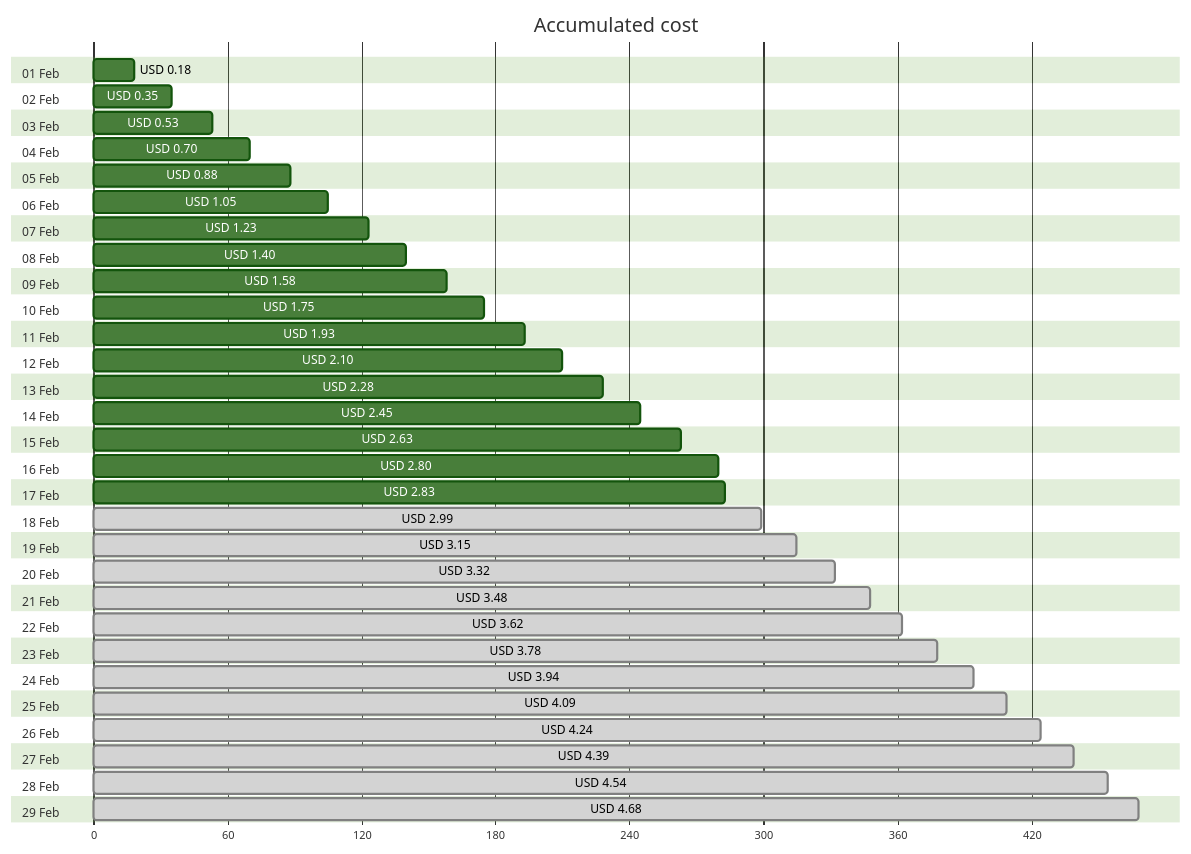
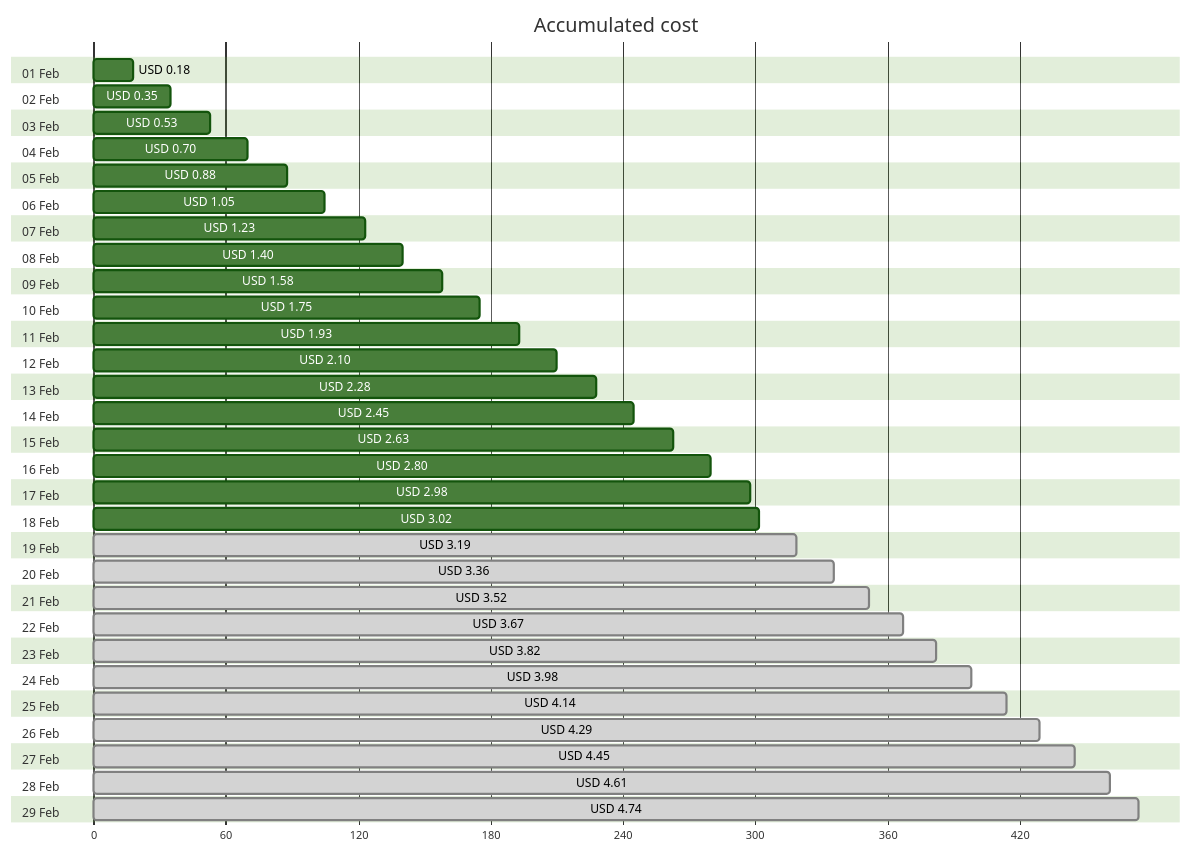
One commit to jpfulton/azure-personal-reports changed the first of 4 diagrams in cost-reports/personal-network/backup-server.md. Above: the diagram before and after it, drawn with Mermaid (forest theme). The commit also changed other lines of this file and 8 other files, not shown here.

````diff
--- a/cost-reports/personal-network/backup-server.md
+++ b/cost-reports/personal-network/backup-server.md
@@ -20,64 +20,64 @@
 ```mermaid
 gantt
    title Accumulated cost
    dateFormat  X
    axisFormat %s
    section 01 Feb
    USD 0.18 :0, 18
    section 02 Feb
    USD 0.35 :0, 35
    section 03 Feb
    USD 0.53 :0, 53
    section 04 Feb
    USD 0.70 :0, 70
    section 05 Feb
    USD 0.88 :0, 88
    section 06 Feb
    USD 1.05 :0, 105
    section 07 Feb
    USD 1.23 :0, 123
    section 08 Feb
    USD 1.40 :0, 140
    section 09 Feb
    USD 1.58 :0, 158
    section 10 Feb
    USD 1.75 :0, 175
    section 11 Feb
    USD 1.93 :0, 193
    section 12 Feb
    USD 2.10 :0, 210
    section 13 Feb
    USD 2.28 :0, 228
    section 14 Feb
    USD 2.45 :0, 245
    section 15 Feb
    USD 2.63 :0, 263
    section 16 Feb
    USD 2.80 :0, 280
    section 17 Feb
-   USD 2.83 :0, 283
+   USD 2.98 :0, 298
    section 18 Feb
-   USD 2.99 : done, 0, 299
+   USD 3.02 :0, 302
    section 19 Feb
-   USD 3.15 : done, 0, 315
+   USD 3.19 : done, 0, 319
    section 20 Feb
-   USD 3.32 : done, 0, 332
+   USD 3.36 : done, 0, 336
    section 21 Feb
-   USD 3.48 : done, 0, 348
+   USD 3.52 : done, 0, 352
    section 22 Feb
-   USD 3.62 : done, 0, 362
+   USD 3.67 : done, 0, 367
    section 23 Feb
-   USD 3.78 : done, 0, 378
+   USD 3.82 : done, 0, 382
    section 24 Feb
-   USD 3.94 : done, 0, 394
+   USD 3.98 : done, 0, 398
    section 25 Feb
-   USD 4.09 : done, 0, 409
+   USD 4.14 : done, 0, 414
    section 26 Feb
-   USD 4.24 : done, 0, 424
+   USD 4.29 : done, 0, 429
    section 27 Feb
-   USD 4.39 : done, 0, 439
+   USD 4.45 : done, 0, 445
    section 28 Feb
-   USD 4.54 : done, 0, 454
+   USD 4.61 : done, 0, 461
    section 29 Feb
-   USD 4.68 : done, 0, 468
+   USD 4.74 : done, 0, 474
 ```
````
